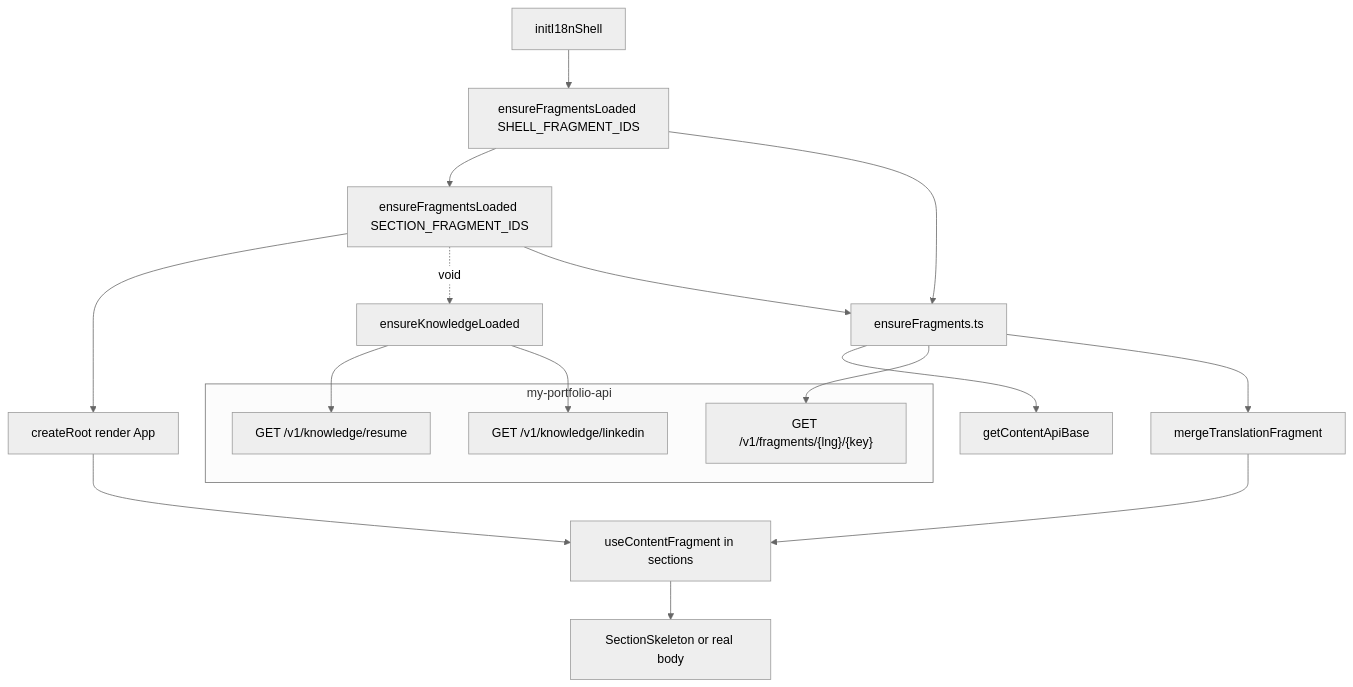
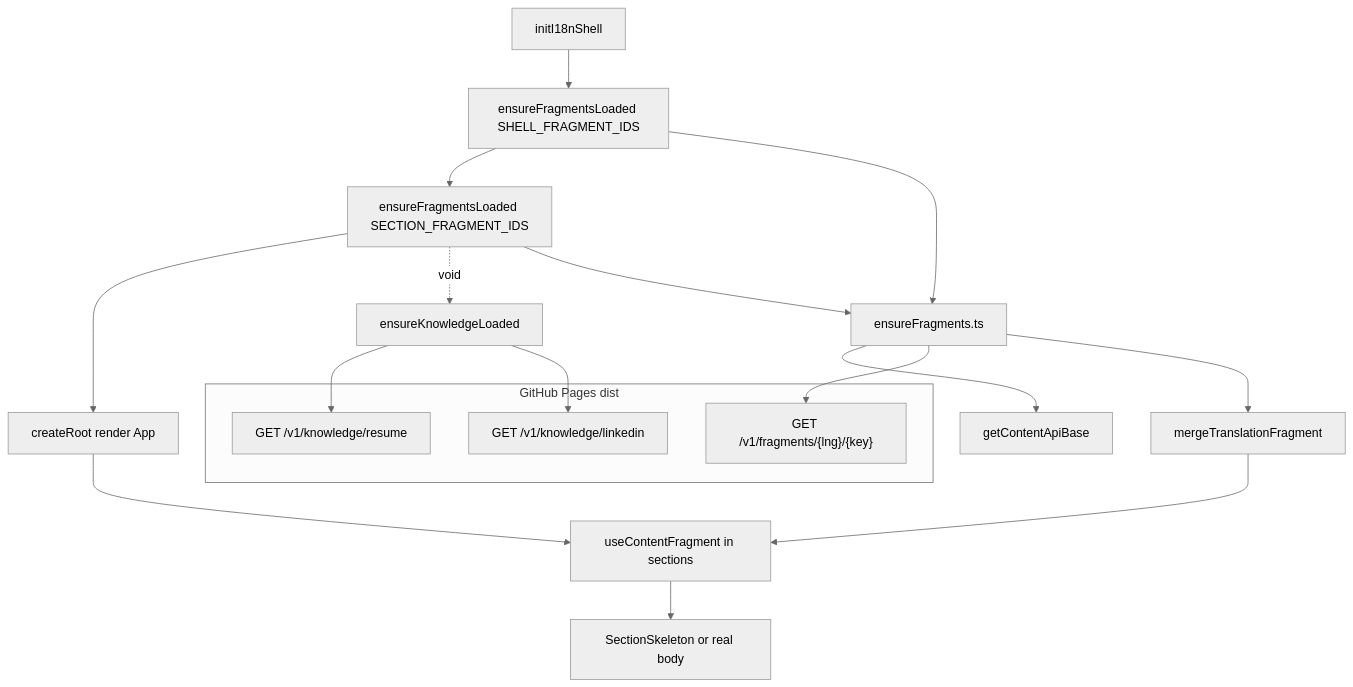
One commit to kdutta25/my-portfolio changed the fourth of 5 diagrams in README.md. Above: the diagram before and after it, drawn with Mermaid (neutral theme). The commit also changed other lines of this file and 11 other files, not shown here.

First line of the commit message:
Serve portfolio content as static /v1 files on GitHub Pages.

````diff
--- a/README.md
+++ b/README.md
@@ -251,25 +252,25 @@
 ```mermaid
 flowchart TB
-  subgraph api["my-portfolio-api"]
+  subgraph pages["GitHub Pages dist"]
     FG["GET /v1/fragments/{lng}/{key}"]
     KR["GET /v1/knowledge/resume"]
     KL["GET /v1/knowledge/linkedin"]
   end
 
   INIT["initI18nShell"] --> SH["ensureFragmentsLoaded SHELL_FRAGMENT_IDS"]
   SH --> SEC["ensureFragmentsLoaded SECTION_FRAGMENT_IDS"]
   SEC --> RND["createRoot render App"]
   SEC -.->|void| KNOW["ensureKnowledgeLoaded"]
 
   EF["ensureFragments.ts"] --> CB["getContentApiBase"]
   EF --> FG
   EF --> MF["mergeTranslationFragment"]
   KNOW --> KR
   KNOW --> KL
 
   SH --> EF
   SEC --> EF
   RND --> UCF["useContentFragment in sections"]
   MF --> UCF
   UCF --> SK["SectionSkeleton or real body"]
 ```
````
